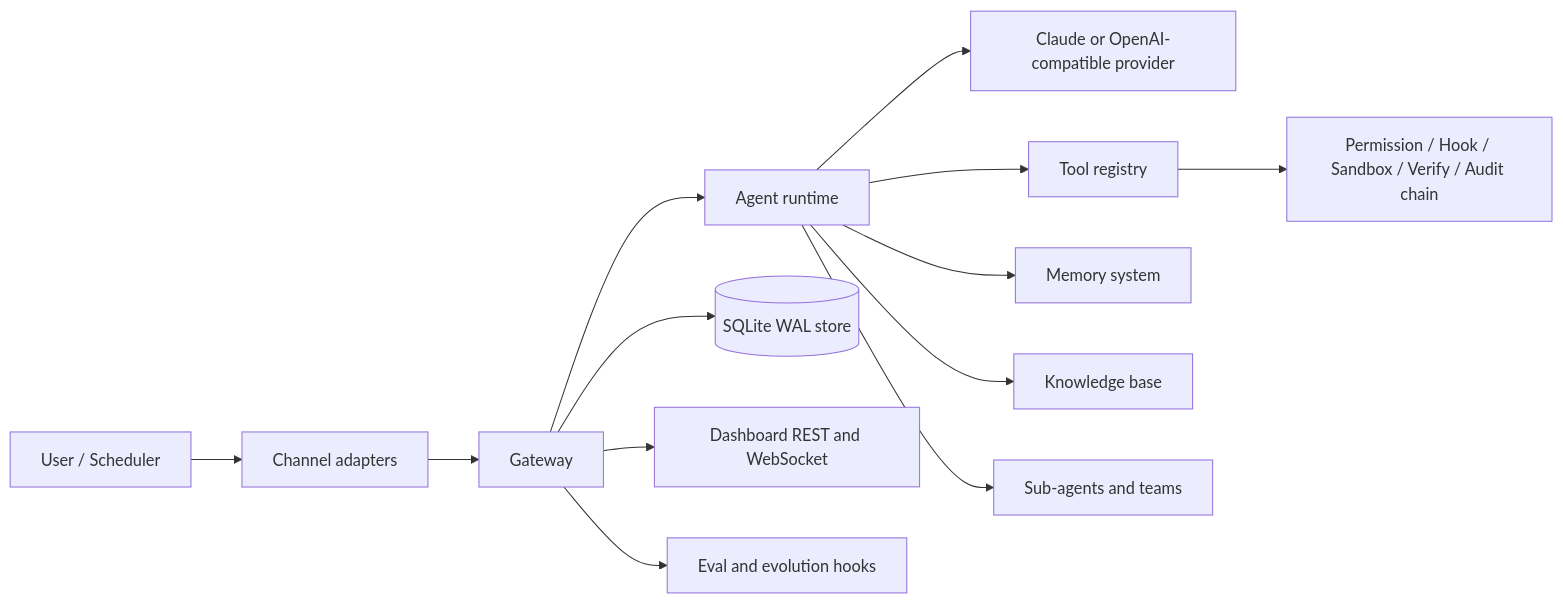
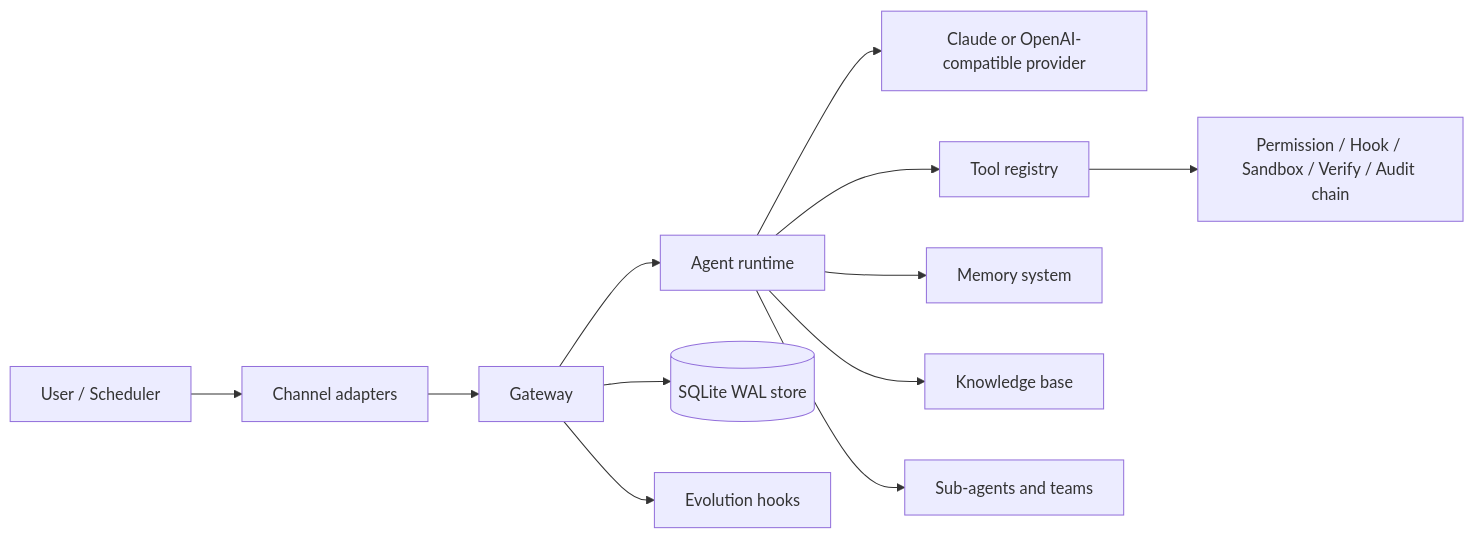
One commit to Forest-Isle/daimon changed the diagram in README.md. Above: the diagram before and after it, drawn with Mermaid. The commit also changed other lines of this file and 61 other files, not shown here.

````diff
--- a/README.md
+++ b/README.md
@@ -23,15 +22,14 @@
 ```mermaid
 flowchart LR
     User[User / Scheduler] --> Channel[Channel adapters]
     Channel --> Gateway[Gateway]
     Gateway --> Agent[Agent runtime]
     Agent --> Provider[Claude or OpenAI-compatible provider]
     Agent --> Tools[Tool registry]
     Agent --> Memory[Memory system]
     Agent --> Knowledge[Knowledge base]
     Agent --> Agents[Sub-agents and teams]
     Tools --> Sandbox[Permission / Hook / Sandbox / Verify / Audit chain]
     Gateway --> Store[(SQLite WAL store)]
-    Gateway --> Dashboard[Dashboard REST and WebSocket]
-    Gateway --> Eval[Eval and evolution hooks]
+    Gateway --> Eval[Evolution hooks]
 ```
````
